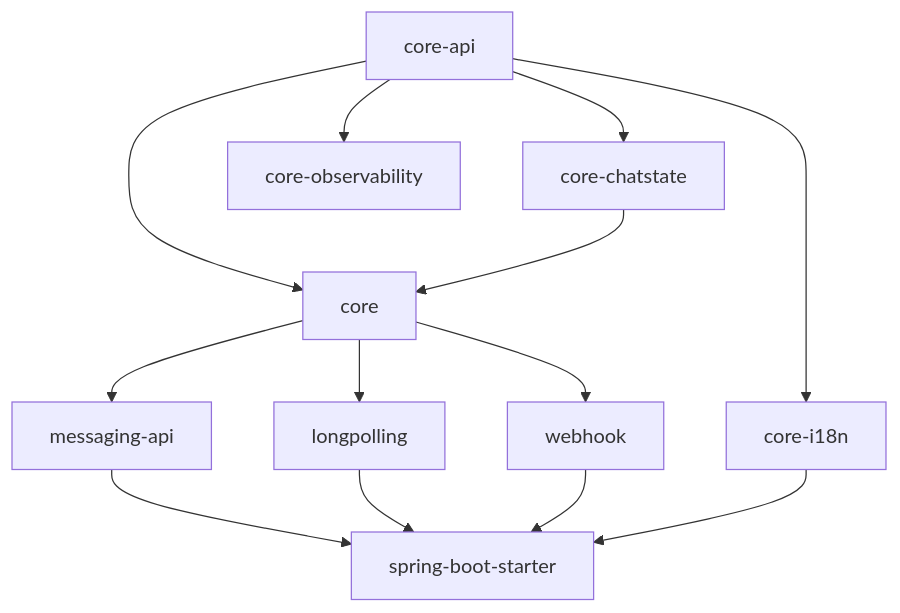
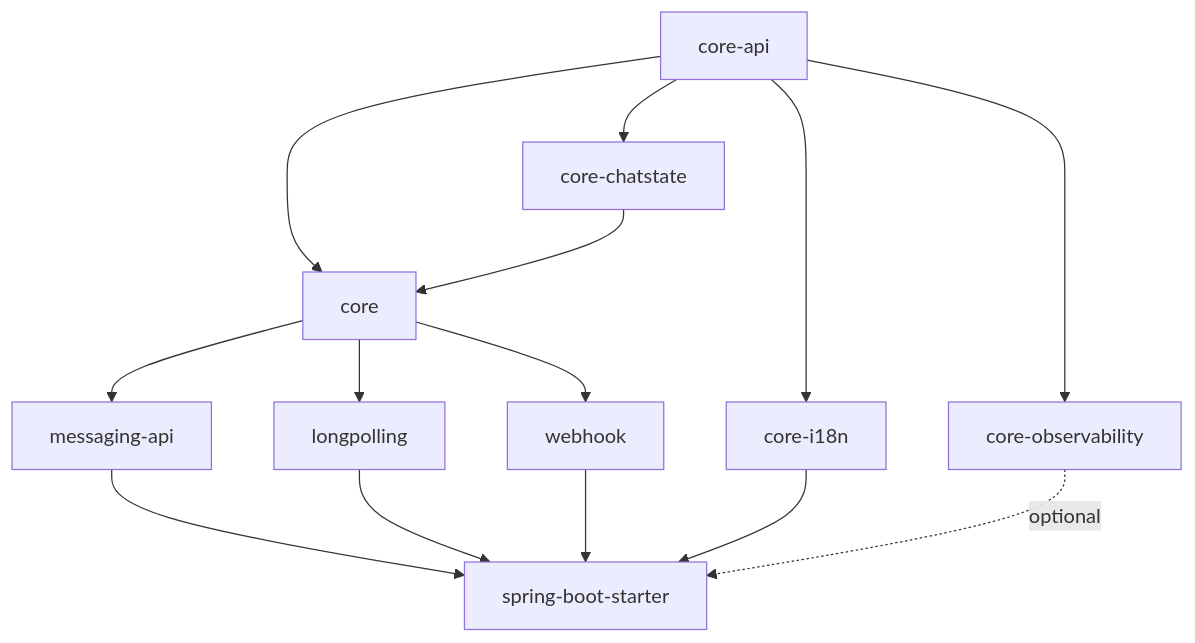
Before and after one commit to oson-code/easygram: the diagram in README.md, drawn with Mermaid. The commit also changed other lines of this file and 4 other files, not shown here.

````diff
--- a/README.md
+++ b/README.md
@@ -74,15 +77,16 @@
 ```mermaid
 graph TD
     CA[core-api] --> CC[core-chatstate]
     CA --> CI[core-i18n]
     CA --> CO[core-observability]
     CA --> C[core]
     CC --> C
     C --> LP[longpolling]
     C --> WH[webhook]
     C --> MA[messaging-api]
     MA --> SBS[spring-boot-starter]
     LP --> SBS
     WH --> SBS
     CI --> SBS
+    CO -. optional .-> SBS
 ```
````
